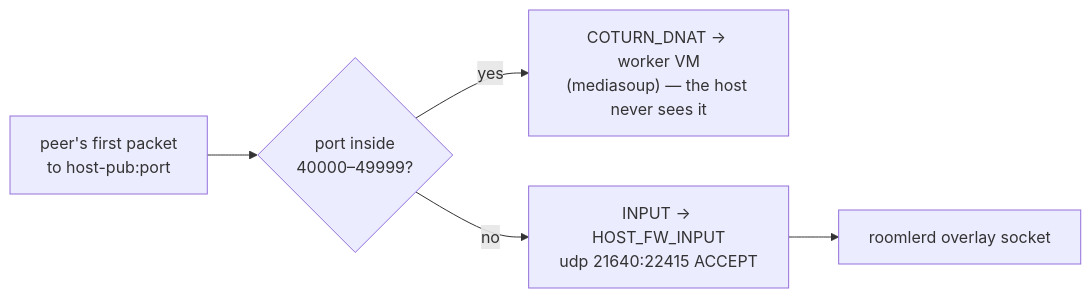
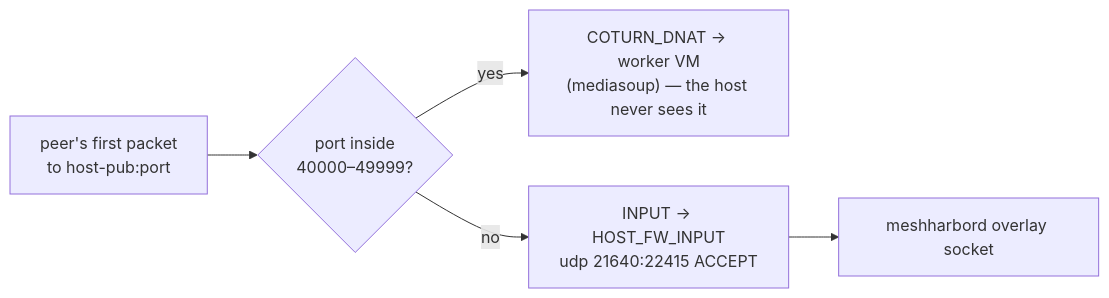
Before and after one commit to jk-zhang-meta/MeshHarbor: the fifth of 5 diagrams in docs/deployment.md, drawn with Mermaid. The commit also changed other lines of this file and 682 other files, not shown here.

````diff
--- a/docs/deployment.md
+++ b/docs/deployment.md
@@ -406,6 +406,6 @@
 ```mermaid
 flowchart LR
   P["peer's first packet<br/>to host-pub:port"] --> Q{"port inside<br/>40000–49999?"}
   Q -- yes --> VM["COTURN_DNAT → worker VM<br/>(mediasoup) — the host never sees it"]
-  Q -- no --> IN["INPUT → HOST_FW_INPUT<br/>udp 21640:22415 ACCEPT"] --> R["roomlerd overlay socket"]
+  Q -- no --> IN["INPUT → HOST_FW_INPUT<br/>udp 21640:22415 ACCEPT"] --> R["meshharbord overlay socket"]
 ```
````
